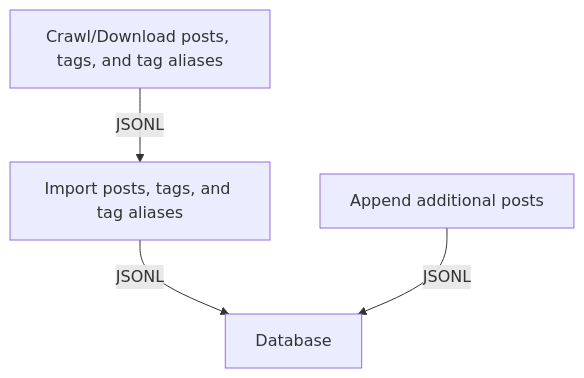
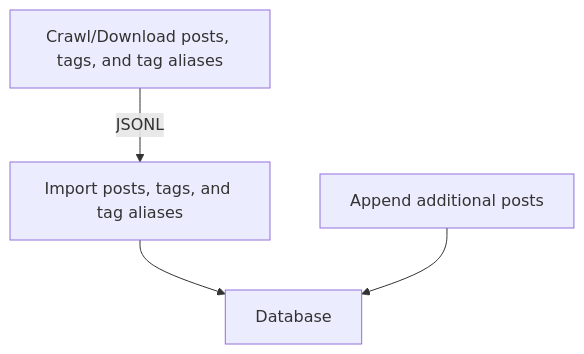
Before and after one commit to hearmeneigh/e621-rising-configs: the first of 4 diagrams in README.md, drawn with Mermaid.

````diff
--- a/README.md
+++ b/README.md
@@ -66,7 +66,7 @@
 ```mermaid
 flowchart TD
     CRAWL[Crawl/Download posts, tags, and tag aliases] -- JSONL --> IMPORT
-    IMPORT[Import posts, tags, and tag aliases] -- JSONL --> STORE
-    APPEND[Append additional posts] -- JSONL --> STORE
+    IMPORT[Import posts, tags, and tag aliases] --> STORE
+    APPEND[Append additional posts] --> STORE
     STORE[Database]
 ```
````
